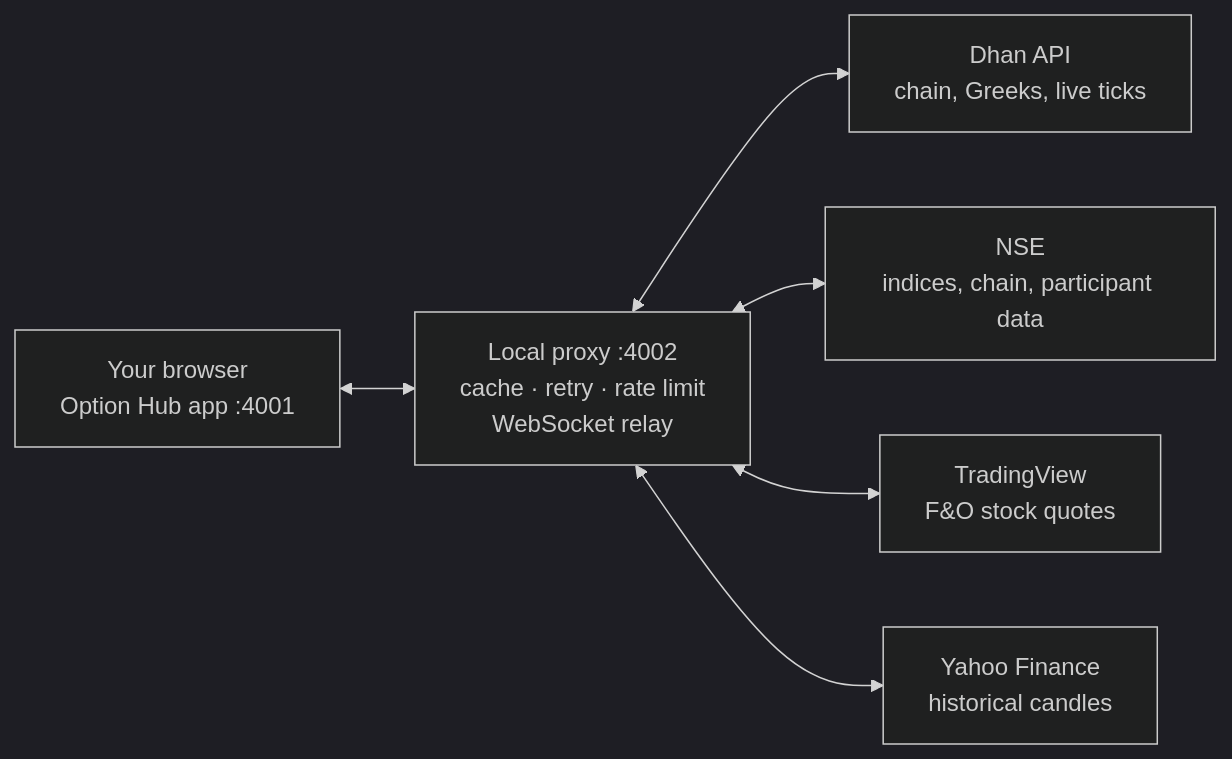
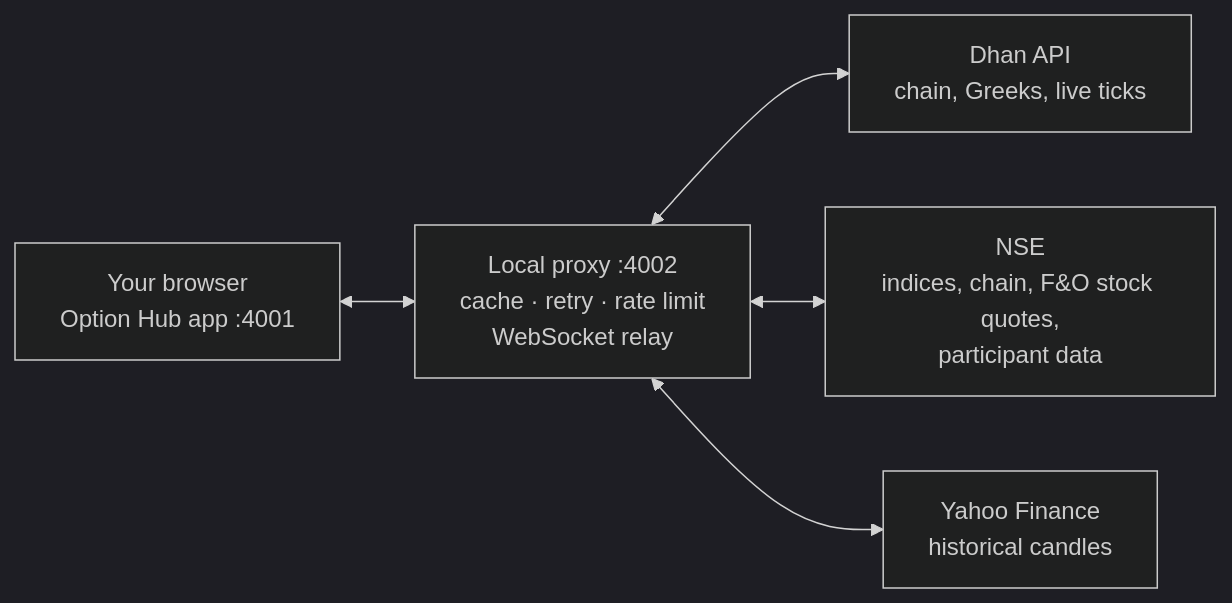
The diagram in README.md (MrChartist/india-s-best-option-hub), drawn with Mermaid (dark theme) before and after one commit. The commit also changed other lines of this file and 21 other files, not shown here.

First line of the commit message:
refactor(data): remove the TradingView scanner data source

````diff
--- a/README.md
+++ b/README.md
@@ -348,8 +348,7 @@
 ```mermaid
 flowchart LR
   B["Your browser<br/>Option Hub app :4001"] <--> P["Local proxy :4002<br/>cache · retry · rate limit<br/>WebSocket relay"]
   P <--> D["Dhan API<br/>chain, Greeks, live ticks"]
-  P <--> N["NSE<br/>indices, chain, participant data"]
-  P <--> T["TradingView<br/>F&O stock quotes"]
+  P <--> N["NSE<br/>indices, chain, F&O stock quotes,<br/>participant data"]
   P <--> Y["Yahoo Finance<br/>historical candles"]
 ```
````
